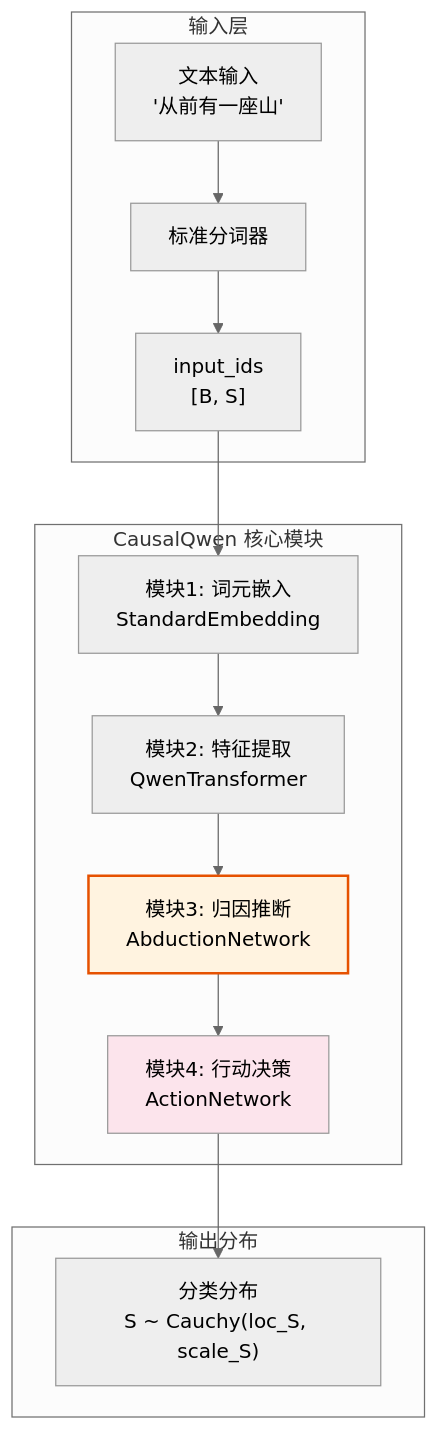
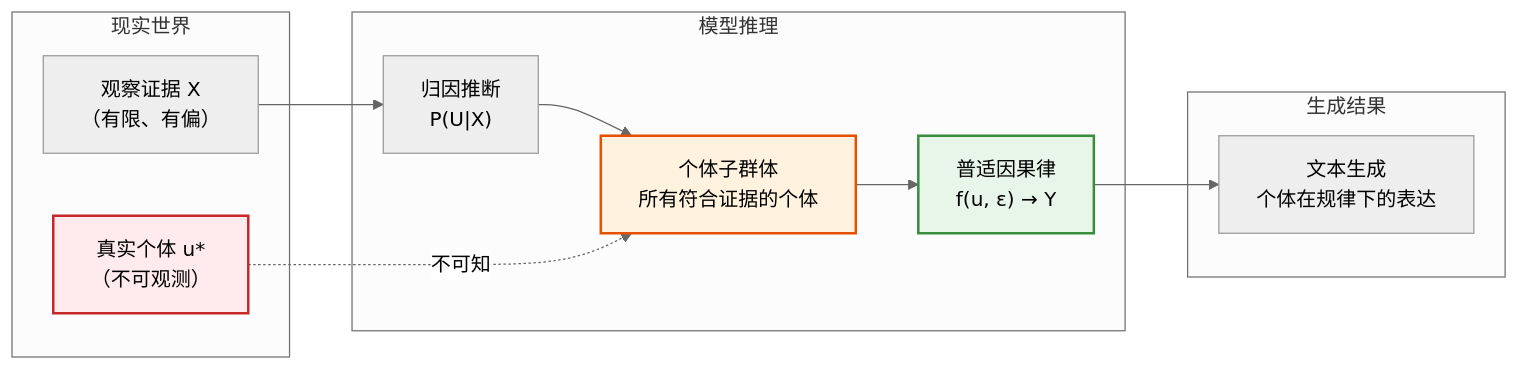
One commit to 1587causalai/CausalQwen changed the second of 16 diagrams in design-docs/causal_qwen_text_only.md. Above: the diagram before and after it, drawn with Mermaid (neutral theme). The commit also changed other lines of this file, not shown here.

````diff
--- a/design-docs/causal_qwen_text_only.md
+++ b/design-docs/causal_qwen_text_only.md
@@ -52,21 +111,23 @@
 ```mermaid
-graph TB
-    subgraph "输入层"
-        Input["文本输入<br>'从前有一座山'"] --> Tokenizer["标准分词器"]
-        Tokenizer --> IDs["input_ids<br>[B, S]"]
+graph LR
+    subgraph "现实世界"
+        Reality["真实个体 u*<br>（不可观测）"]
+        Evidence["观察证据 X<br>（有限、有偏）"]
     end
     
-    subgraph "CausalQwen 核心模块"
-        IDs --> M1["模块1: 词元嵌入<br>StandardEmbedding"]
-        M1 --> M2["模块2: 特征提取<br>QwenTransformer"]
-        M2 --> M3["模块3: 归因推断<br>AbductionNetwork"]
-        M3 --> M4["模块4: 行动决策<br>ActionNetwork"]
+    subgraph "模型推理"
+        Evidence --> Inference["归因推断<br>P(U|X)"]
+        Inference --> Population["个体子群体<br>所有符合证据的个体"]
+        Population --> Law["普适因果律<br>f(u, ε) → Y"]
     end
     
-    subgraph "输出分布"
-        M4 --> Out1["分类分布<br>S ~ Cauchy(loc_S, scale_S)"]
+    subgraph "生成结果"
+        Law --> Output["文本生成<br>个体在规律下的表达"]
     end
     
-    style M3 fill:#fff3e0,stroke:#e65100,stroke-width:2px
-    style M4 fill:#fce4ec
+    Reality -.->|不可知| Population
+    
+    style Reality fill:#ffebee,stroke:#c62828,stroke-width:2px
+    style Population fill:#fff3e0,stroke:#e65100,stroke-width:2px
+    style Law fill:#e8f5e9,stroke:#388e3c,stroke-width:2px
 ```
````
